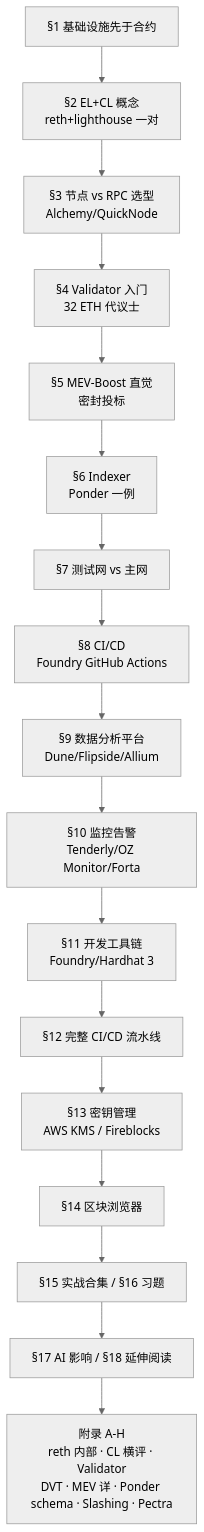
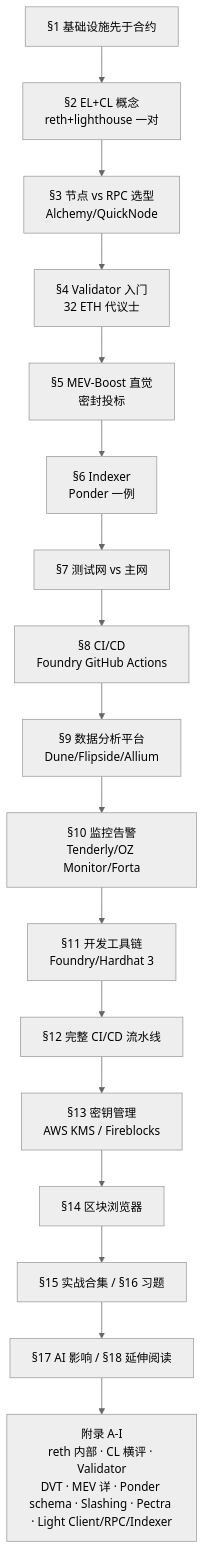
Before and after one commit to ChuwuYo/misc-files: the first of 24 diagrams in web3-engineer-guide/11-基础设施与工具/README.md, drawn with Mermaid (neutral theme). The commit also changed other lines of this file and 96 other files, not shown here.

````diff
--- a/web3-engineer-guide/11-基础设施与工具/README.md
+++ b/web3-engineer-guide/11-基础设施与工具/README.md
@@ -17,19 +17,19 @@
 ```mermaid
 flowchart TD
     Start[§1 基础设施先于合约] --> EL[§2 EL+CL 概念<br/>reth+lighthouse 一对]
     EL --> RPC[§3 节点 vs RPC 选型<br/>Alchemy/QuickNode]
     RPC --> Val[§4 Validator 入门<br/>32 ETH 代议士]
     Val --> MEV[§5 MEV-Boost 直觉<br/>密封投标]
     MEV --> Idx[§6 Indexer<br/>Ponder 一例]
     Idx --> Net[§7 测试网 vs 主网]
     Net --> CI[§8 CI/CD<br/>Foundry GitHub Actions]
     CI --> Data[§9 数据分析平台<br/>Dune/Flipside/Allium]
     Data --> Mon[§10 监控告警<br/>Tenderly/OZ Monitor/Forta]
     Mon --> Tool[§11 开发工具链<br/>Foundry/Hardhat 3]
     Tool --> Pipe[§12 完整 CI/CD 流水线]
     Pipe --> Key[§13 密钥管理<br/>AWS KMS / Fireblocks]
     Key --> Exp[§14 区块浏览器]
     Exp --> Lab[§15 实战合集 / §16 习题]
     Lab --> AI[§17 AI 影响 / §18 延伸阅读]
-    AI --> App[附录 A-H<br/>reth 内部 · CL 横评 · Validator<br/>DVT · MEV 详 · Ponder schema · Slashing · Pectra]
+    AI --> App[附录 A-I<br/>reth 内部 · CL 横评 · Validator<br/>DVT · MEV 详 · Ponder schema · Slashing · Pectra · Light Client/RPC/Indexer]
 ```
````
